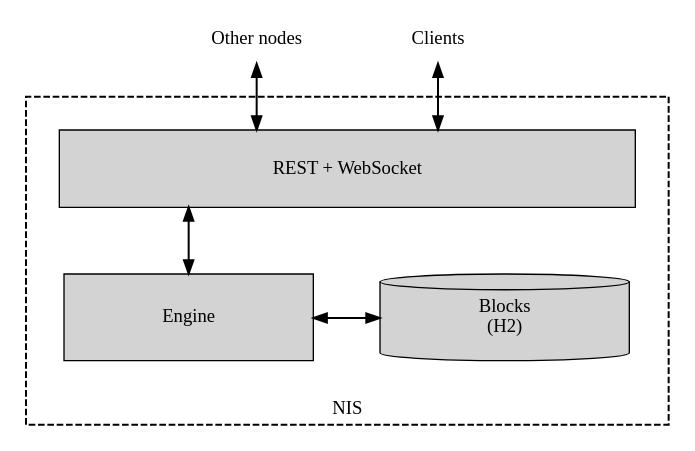
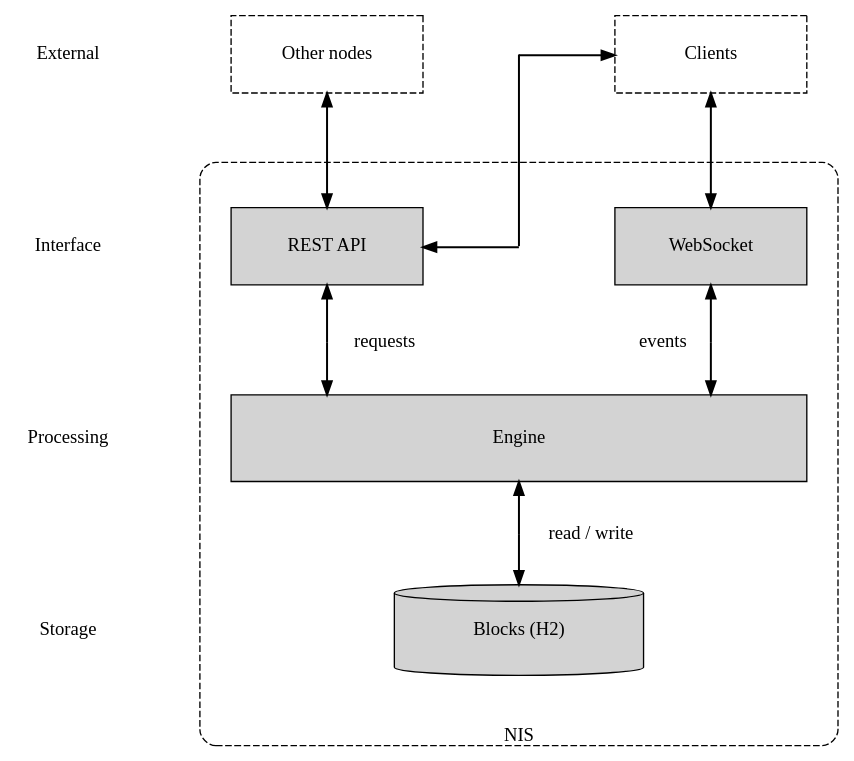
One commit to NemProject/nem changed the first of 2 diagrams in mkdocs/pages/en/textbook/nodes.md. Above: the diagram before and after it, drawn with Graphviz. The commit also changed other lines of this file and 22 other files, not shown here.

````diff
--- a/mkdocs/pages/en/textbook/nodes.md
+++ b/mkdocs/pages/en/textbook/nodes.md
@@ -28,39 +30,66 @@
 ```dot
 digraph NemNode {
-    compound=true;
+    layout=neato;
     splines=ortho;
-    nodesep=0.7;
-    ranksep=0.7;
     node [shape=box];
     edge [penwidth=1.5 dir=both];
 
+    // Layer labels
+    LblExt  [label="External"   shape=plain pos="-1.7,6!"];
+    LblInt  [label="Interface"  shape=plain pos="-1.7,4!"];
+    LblProc [label="Processing" shape=plain pos="-1.7,2!"];
+    LblStor [label="Storage"    shape=plain pos="-1.7,0!"];
+
     // External actors
-    OtherNodes [label="Other nodes" shape=plaintext];
-    Clients    [label="Clients" shape=plaintext];
+    OtherNodes [label="Other nodes" style=dashed fixedsize=true width=2 height=0.8 pos="1,6!"];
+    Clients    [label="Clients" style=dashed fixedsize=true width=2 height=0.8 pos="5,6!"];
 
     subgraph cluster_nis {
-        label="NIS";
-        labelloc=b;
-        labeljust=c;
-        style=dashed;
-        penwidth=1.5;
-        margin=25;
+        label="";
+        style="rounded,dashed";
 
         // Core components
-        REST   [label="REST + WebSocket" style=filled fixedsize=true width=6.0 height=0.8 URL="#rest-api"];
-        Engine [label="Engine" style=filled width=2.6 height=0.9 URL="#engine"];
-        H2     [label="Blocks\n(H2)" style=filled width=2.6 height=0.9 shape=cylinder URL="#database"];
+        REST      [label="REST API" style=filled fixedsize=true width=2 height=0.8 pos="1,4!" URL="#rest-api"];
+        WebSocket [label="WebSocket" style=filled fixedsize=true width=2 height=0.8 pos="5,4!" URL="#websocket"];
+        Engine    [label="Engine" style=filled fixedsize=true width=6 height=0.9 pos="3,2!" URL="#engine"];
+        H2        [label="Blocks (H2)" style=filled shape=cylinder fixedsize=true width=2.6 height=0.95 pos="3,0!" URL="#database"];
+        NISLabel  [label="NIS" shape=plain pos="3,-1.1!"];
 
-        { rank=same; Engine; H2; }
+        // Invisible spacers so the NIS box fully encloses REST and WebSocket
+        spcL [shape=point style=invis pos="-0.3,4.85!"];
+        spcR [shape=point style=invis pos="6.3,4.85!"];
+    }
 
-        // Internal connections
-        REST -> Engine;
-        REST -> H2 [style=invis];
-        Engine -> H2;
-    }
+    // Midpoint waypoints pin the three Engine arrows to straight verticals,
+    // so the labels beside them cannot deflect the arrows off-centre
+    pR [shape=point width=0.01 style=invis pos="1,3.0!"];
+    pW [shape=point width=0.01 style=invis pos="5,3.0!"];
+    pB [shape=point width=0.01 style=invis pos="3,1.0!"];
+
+    // Waypoints for the squared Clients <-> REST route
+    cw1 [shape=point width=0 style=invis pos="3,4!"];
+    cw2 [shape=point width=0 style=invis pos="3,6!"];
+
+    // Labels sit right beside their arrows
+    reqLbl [label="requests" shape=plain pos="1.6,3.0!"];
+    evtLbl [label="events"   shape=plain pos="4.5,3.0!"];
+    rwLbl  [label="read / write" shape=plain pos="3.75,1.0!"];
 
     // External connections
     OtherNodes -> REST;
-    Clients -> REST;
+    Clients -> WebSocket;
+
+    // Internal connections, pinned straight through the waypoints
+    REST -> pR [dir=back headclip=false];
+    pR -> Engine [dir=forward tailclip=false];
+    WebSocket -> pW [dir=back headclip=false];
+    pW -> Engine [dir=forward tailclip=false];
+    Engine -> pB [dir=back headclip=false];
+    pB -> H2 [dir=forward tailclip=false];
+
+    // Clients reach the REST API too: out of REST's right side, into the left of Clients
+    REST:e -> cw1 [dir=back];
+    cw1 -> cw2 [dir=none];
+    cw2 -> Clients:w [dir=forward];
 }
 ```
````
